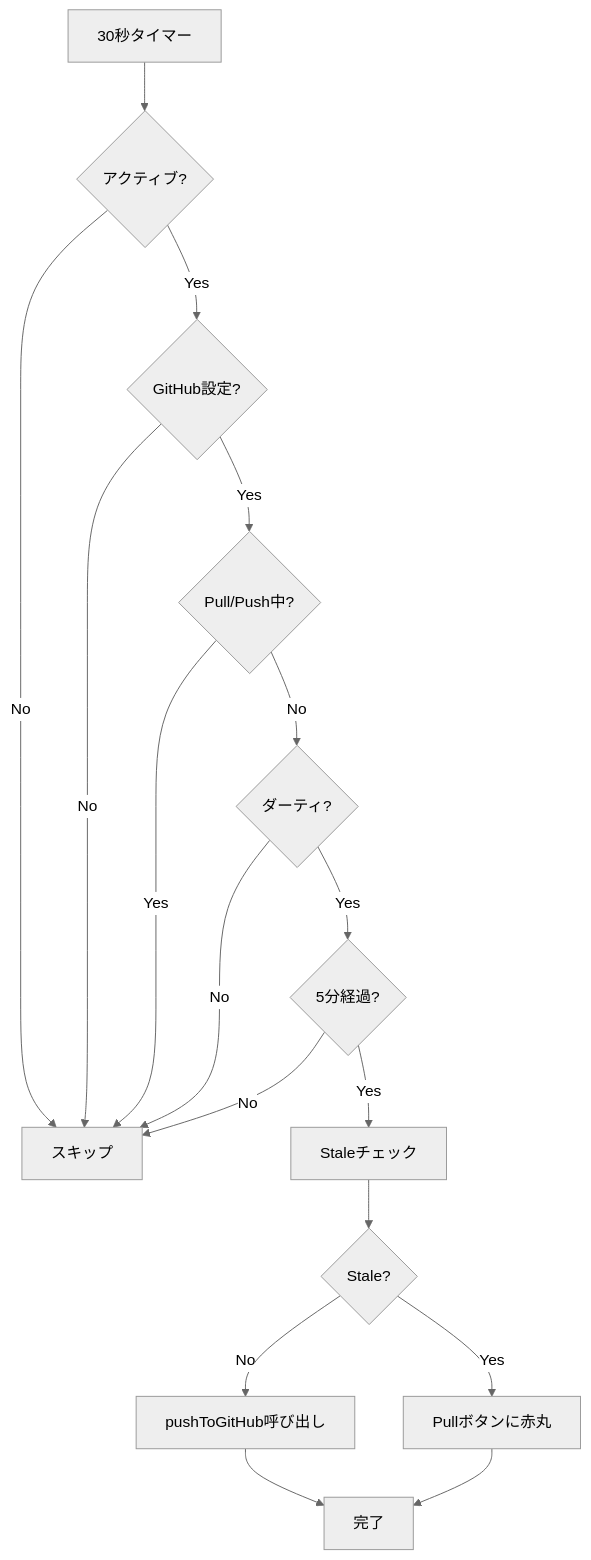
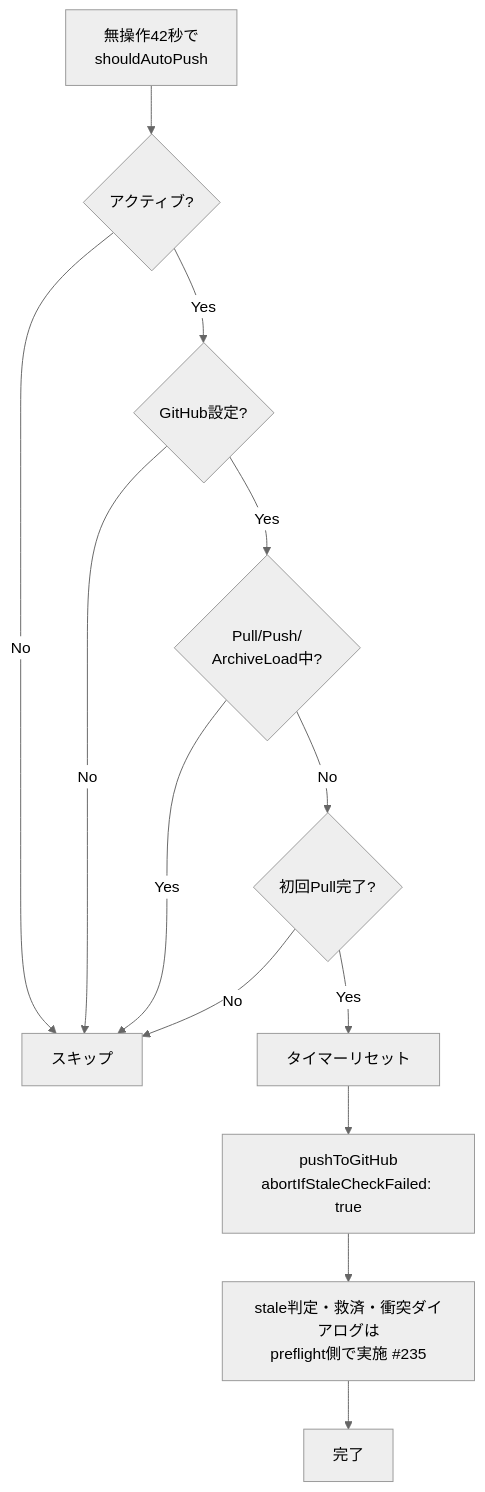
The third of 6 diagrams in docs/development/sync/push-pull.md (kako-jun/agasteer), drawn with Mermaid (neutral theme) before and after one commit. The commit also changed other lines of this file and 5 other files, not shown here.

````diff
--- a/docs/development/sync/push-pull.md
+++ b/docs/development/sync/push-pull.md
@@ -302,19 +315,15 @@
 ```mermaid
 flowchart TD
-    Timer[30秒タイマー] --> Active{アクティブ?}
+    Timer[無操作42秒で<br/>shouldAutoPush] --> Active{アクティブ?}
     Active -->|No| Skip[スキップ]
     Active -->|Yes| Config{GitHub設定?}
     Config -->|No| Skip
-    Config -->|Yes| Sync{Pull/Push中?}
+    Config -->|Yes| Sync{Pull/Push/<br/>ArchiveLoad中?}
     Sync -->|Yes| Skip
-    Sync -->|No| Dirty{ダーティ?}
-    Dirty -->|No| Skip
-    Dirty -->|Yes| Time{5分経過?}
-    Time -->|No| Skip
-    Time -->|Yes| Stale[Staleチェック]
-    Stale --> Check{Stale?}
-    Check -->|Yes| Notify[Pullボタンに赤丸]
-    Check -->|No| Push[pushToGitHub呼び出し]
-    Push --> End[完了]
-    Notify --> End
+    Sync -->|No| First{初回Pull完了?}
+    First -->|No| Skip
+    First -->|Yes| Reset[タイマーリセット]
+    Reset --> Push[pushToGitHub<br/>abortIfStaleCheckFailed: true]
+    Push --> Note[stale判定・救済・衝突ダイアログは<br/>preflight側で実施 #235]
+    Note --> End[完了]
 ```
````
